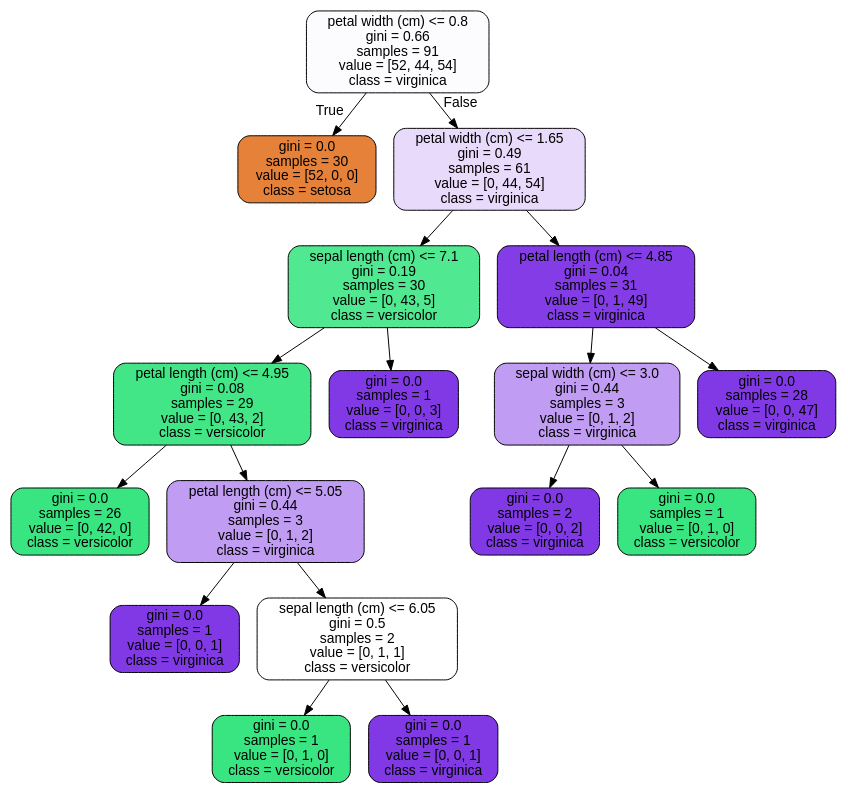
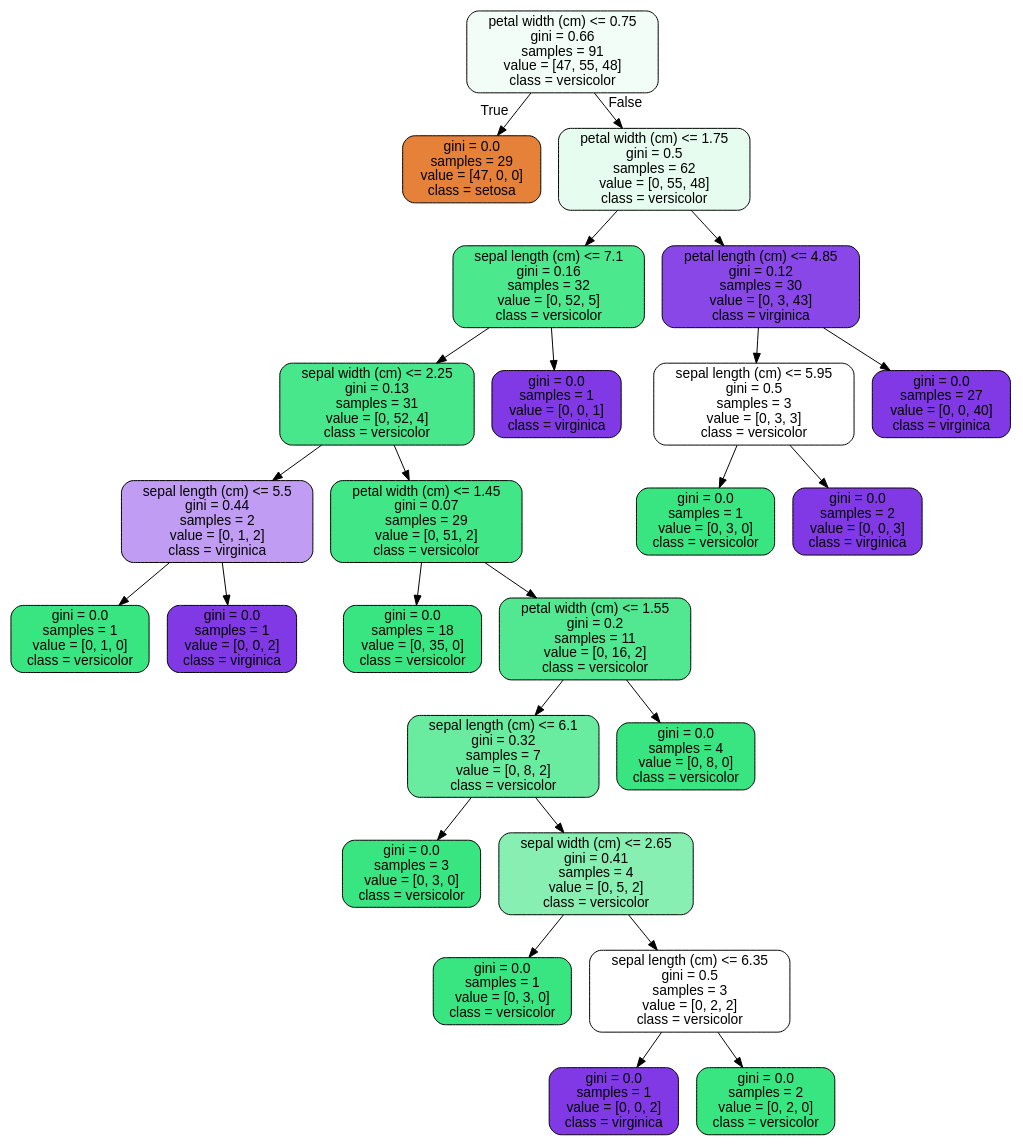
The diagram in Random forest Covid case study/tree.dot (squareleaf/SpringboardDS), drawn with Graphviz before and after one commit. The commit also changed 2 other files, not shown here.

```diff
--- a/Random forest Covid case study/tree.dot
+++ b/Random forest Covid case study/tree.dot
@@ -1,37 +1,53 @@
 digraph Tree {
 node [shape=box, style="filled, rounded", color="black", fontname=helvetica] ;
 edge [fontname=helvetica] ;
-0 [label="petal width (cm) <= 0.8\ngini = 0.66\nsamples = 91\nvalue = [52, 44, 54]\nclass = virginica", fillcolor="#fcfbfe"] ;
-1 [label="gini = 0.0\nsamples = 30\nvalue = [52, 0, 0]\nclass = setosa", fillcolor="#e58139"] ;
+0 [label="petal width (cm) <= 0.75\ngini = 0.66\nsamples = 91\nvalue = [47, 55, 48]\nclass = versicolor", fillcolor="#f1fdf6"] ;
+1 [label="gini = 0.0\nsamples = 29\nvalue = [47, 0, 0]\nclass = setosa", fillcolor="#e58139"] ;
 0 -> 1 [labeldistance=2.5, labelangle=45, headlabel="True"] ;
-2 [label="petal width (cm) <= 1.65\ngini = 0.49\nsamples = 61\nvalue = [0, 44, 54]\nclass = virginica", fillcolor="#e8dafa"] ;
+2 [label="petal width (cm) <= 1.75\ngini = 0.5\nsamples = 62\nvalue = [0, 55, 48]\nclass = versicolor", fillcolor="#e6fcef"] ;
 0 -> 2 [labeldistance=2.5, labelangle=-45, headlabel="False"] ;
-3 [label="sepal length (cm) <= 7.1\ngini = 0.19\nsamples = 30\nvalue = [0, 43, 5]\nclass = versicolor", fillcolor="#50e890"] ;
+3 [label="sepal length (cm) <= 7.1\ngini = 0.16\nsamples = 32\nvalue = [0, 52, 5]\nclass = versicolor", fillcolor="#4ce88d"] ;
 2 -> 3 ;
-4 [label="petal length (cm) <= 4.95\ngini = 0.08\nsamples = 29\nvalue = [0, 43, 2]\nclass = versicolor", fillcolor="#42e687"] ;
+4 [label="sepal width (cm) <= 2.25\ngini = 0.13\nsamples = 31\nvalue = [0, 52, 4]\nclass = versicolor", fillcolor="#48e78b"] ;
 3 -> 4 ;
-5 [label="gini = 0.0\nsamples = 26\nvalue = [0, 42, 0]\nclass = versicolor", fillcolor="#39e581"] ;
+5 [label="sepal length (cm) <= 5.5\ngini = 0.44\nsamples = 2\nvalue = [0, 1, 2]\nclass = virginica", fillcolor="#c09cf2"] ;
 4 -> 5 ;
-6 [label="petal length (cm) <= 5.05\ngini = 0.44\nsamples = 3\nvalue = [0, 1, 2]\nclass = virginica", fillcolor="#c09cf2"] ;
-4 -> 6 ;
-7 [label="gini = 0.0\nsamples = 1\nvalue = [0, 0, 1]\nclass = virginica", fillcolor="#8139e5"] ;
-6 -> 7 ;
-8 [label="sepal length (cm) <= 6.05\ngini = 0.5\nsamples = 2\nvalue = [0, 1, 1]\nclass = versicolor", fillcolor="#ffffff"] ;
-6 -> 8 ;
-9 [label="gini = 0.0\nsamples = 1\nvalue = [0, 1, 0]\nclass = versicolor", fillcolor="#39e581"] ;
+6 [label="gini = 0.0\nsamples = 1\nvalue = [0, 1, 0]\nclass = versicolor", fillcolor="#39e581"] ;
+5 -> 6 ;
+7 [label="gini = 0.0\nsamples = 1\nvalue = [0, 0, 2]\nclass = virginica", fillcolor="#8139e5"] ;
+5 -> 7 ;
+8 [label="petal width (cm) <= 1.45\ngini = 0.07\nsamples = 29\nvalue = [0, 51, 2]\nclass = versicolor", fillcolor="#41e686"] ;
+4 -> 8 ;
+9 [label="gini = 0.0\nsamples = 18\nvalue = [0, 35, 0]\nclass = versicolor", fillcolor="#39e581"] ;
 8 -> 9 ;
-10 [label="gini = 0.0\nsamples = 1\nvalue = [0, 0, 1]\nclass = virginica", fillcolor="#8139e5"] ;
+10 [label="petal width (cm) <= 1.55\ngini = 0.2\nsamples = 11\nvalue = [0, 16, 2]\nclass = versicolor", fillcolor="#52e891"] ;
 8 -> 10 ;
-11 [label="gini = 0.0\nsamples = 1\nvalue = [0, 0, 3]\nclass = virginica", fillcolor="#8139e5"] ;
-3 -> 11 ;
-12 [label="petal length (cm) <= 4.85\ngini = 0.04\nsamples = 31\nvalue = [0, 1, 49]\nclass = virginica", fillcolor="#843de6"] ;
-2 -> 12 ;
-13 [label="sepal width (cm) <= 3.0\ngini = 0.44\nsamples = 3\nvalue = [0, 1, 2]\nclass = virginica", fillcolor="#c09cf2"] ;
-12 -> 13 ;
-14 [label="gini = 0.0\nsamples = 2\nvalue = [0, 0, 2]\nclass = virginica", fillcolor="#8139e5"] ;
+11 [label="sepal length (cm) <= 6.1\ngini = 0.32\nsamples = 7\nvalue = [0, 8, 2]\nclass = versicolor", fillcolor="#6aeca0"] ;
+10 -> 11 ;
+12 [label="gini = 0.0\nsamples = 3\nvalue = [0, 3, 0]\nclass = versicolor", fillcolor="#39e581"] ;
+11 -> 12 ;
+13 [label="sepal width (cm) <= 2.65\ngini = 0.41\nsamples = 4\nvalue = [0, 5, 2]\nclass = versicolor", fillcolor="#88efb3"] ;
+11 -> 13 ;
+14 [label="gini = 0.0\nsamples = 1\nvalue = [0, 3, 0]\nclass = versicolor", fillcolor="#39e581"] ;
 13 -> 14 ;
-15 [label="gini = 0.0\nsamples = 1\nvalue = [0, 1, 0]\nclass = versicolor", fillcolor="#39e581"] ;
+15 [label="sepal length (cm) <= 6.35\ngini = 0.5\nsamples = 3\nvalue = [0, 2, 2]\nclass = versicolor", fillcolor="#ffffff"] ;
 13 -> 15 ;
-16 [label="gini = 0.0\nsamples = 28\nvalue = [0, 0, 47]\nclass = virginica", fillcolor="#8139e5"] ;
-12 -> 16 ;
+16 [label="gini = 0.0\nsamples = 1\nvalue = [0, 0, 2]\nclass = virginica", fillcolor="#8139e5"] ;
+15 -> 16 ;
+17 [label="gini = 0.0\nsamples = 2\nvalue = [0, 2, 0]\nclass = versicolor", fillcolor="#39e581"] ;
+15 -> 17 ;
+18 [label="gini = 0.0\nsamples = 4\nvalue = [0, 8, 0]\nclass = versicolor", fillcolor="#39e581"] ;
+10 -> 18 ;
+19 [label="gini = 0.0\nsamples = 1\nvalue = [0, 0, 1]\nclass = virginica", fillcolor="#8139e5"] ;
+3 -> 19 ;
+20 [label="petal length (cm) <= 4.85\ngini = 0.12\nsamples = 30\nvalue = [0, 3, 43]\nclass = virginica", fillcolor="#8a47e7"] ;
+2 -> 20 ;
+21 [label="sepal length (cm) <= 5.95\ngini = 0.5\nsamples = 3\nvalue = [0, 3, 3]\nclass = versicolor", fillcolor="#ffffff"] ;
+20 -> 21 ;
+22 [label="gini = 0.0\nsamples = 1\nvalue = [0, 3, 0]\nclass = versicolor", fillcolor="#39e581"] ;
+21 -> 22 ;
+23 [label="gini = 0.0\nsamples = 2\nvalue = [0, 0, 3]\nclass = virginica", fillcolor="#8139e5"] ;
+21 -> 23 ;
+24 [label="gini = 0.0\nsamples = 27\nvalue = [0, 0, 40]\nclass = virginica", fillcolor="#8139e5"] ;
+20 -> 24 ;
 }
```
